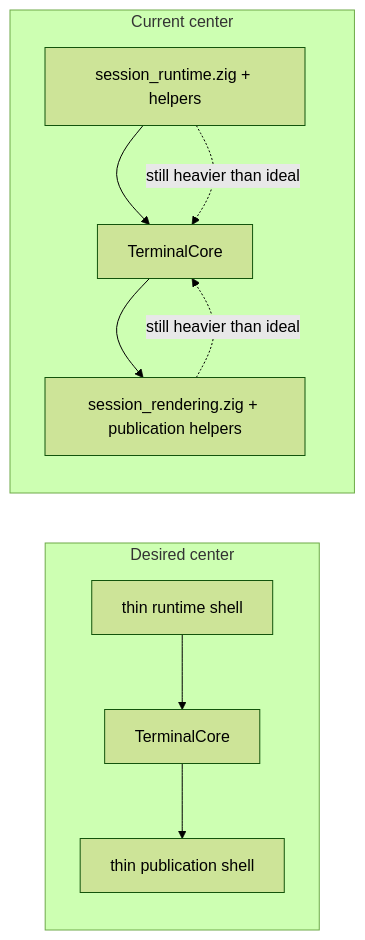
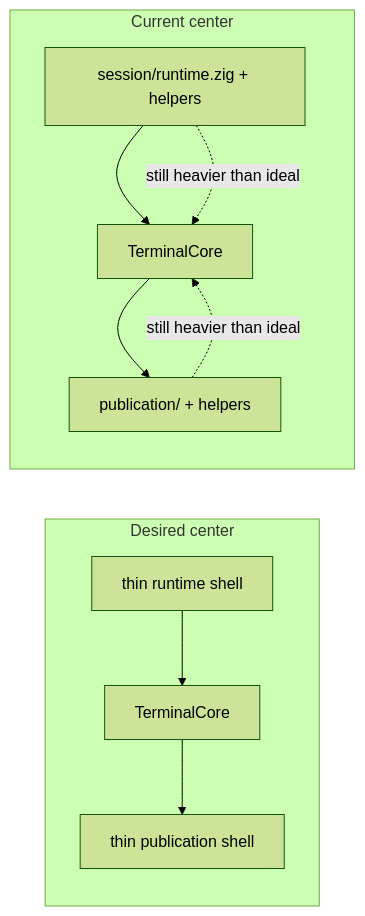
One commit to LaurenceGuws/Zide changed the third of 8 diagrams in app_architecture/terminal/VT_CORE_DESIGN.md. Above: the diagram before and after it, drawn with Mermaid (forest theme). The commit also changed other lines of this file and 13 other files, not shown here.

````diff
--- a/app_architecture/terminal/VT_CORE_DESIGN.md
+++ b/app_architecture/terminal/VT_CORE_DESIGN.md
@@ -343,14 +348,14 @@
 ```mermaid
 flowchart LR
     subgraph Desired["Desired center"]
         DRuntime["thin runtime shell"] --> DCore["TerminalCore"]
         DCore --> DPublication["thin publication shell"]
     end
 
     subgraph Current["Current center"]
-        CRuntime["session_runtime.zig + helpers"] --> CCore["TerminalCore"]
-        CCore --> CPublication["session_rendering.zig + publication helpers"]
+        CRuntime["session/runtime.zig + helpers"] --> CCore["TerminalCore"]
+        CCore --> CPublication["publication/ + helpers"]
         CRuntime -. still heavier than ideal .-> CCore
         CPublication -. still heavier than ideal .-> CCore
     end
 ```
````
